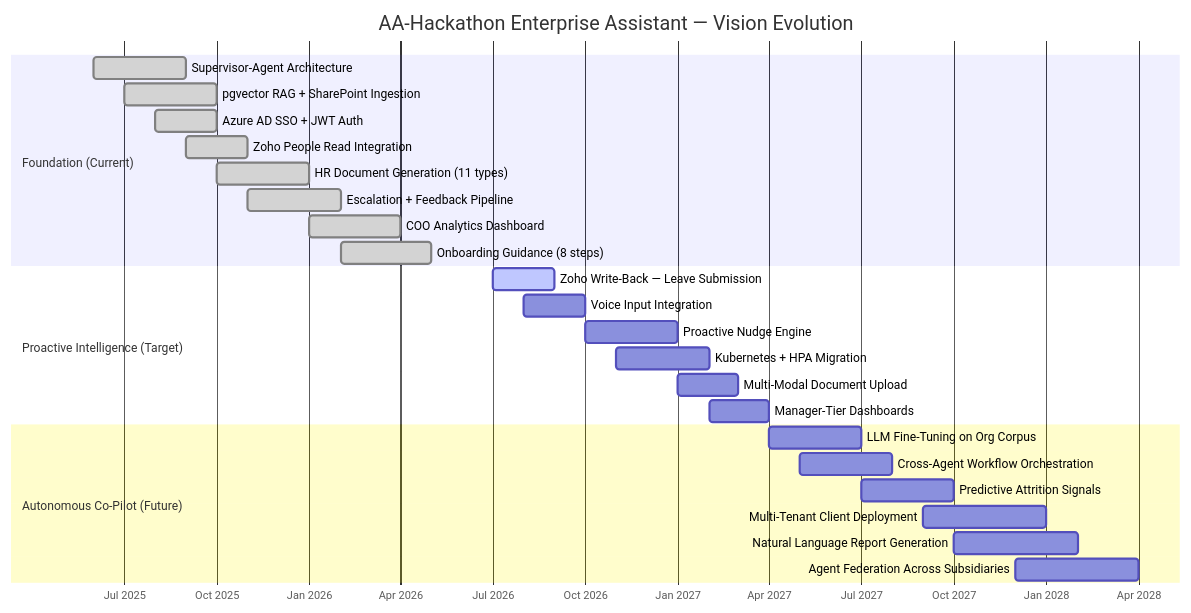
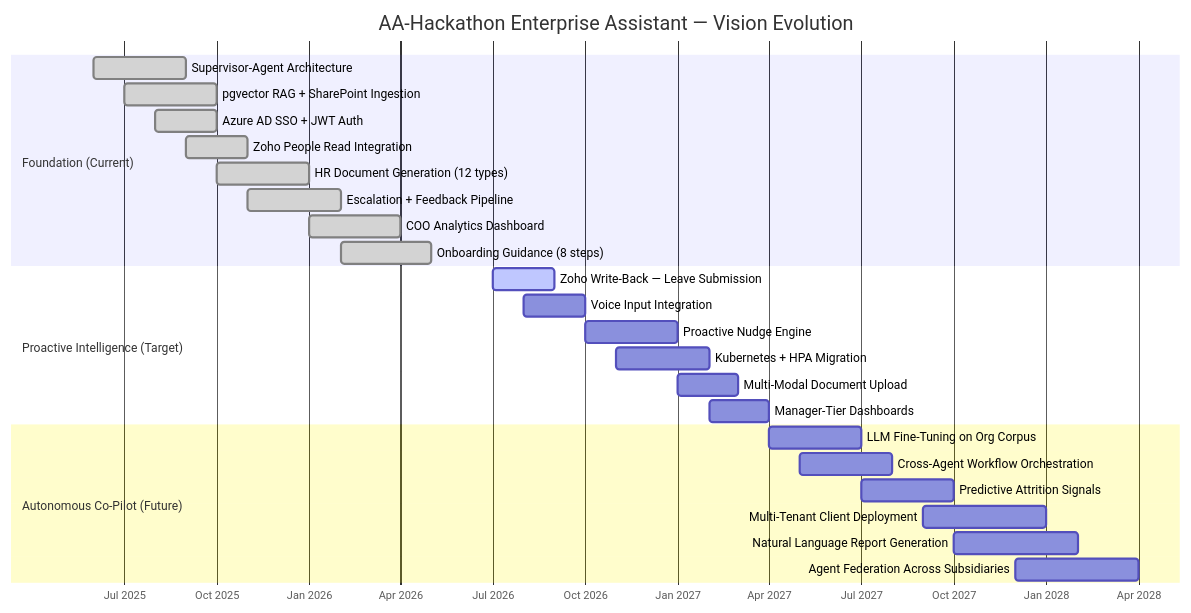
One commit to pdikondaaa/aa-hackathon changed the diagram in knowledge-specs/docs/00-foundation/vision.md. Above: the diagram before and after it, drawn with Mermaid. The commit also changed other lines of this file and 71 other files, not shown here.

````diff
--- a/knowledge-specs/docs/00-foundation/vision.md
+++ b/knowledge-specs/docs/00-foundation/vision.md
@@ -186,32 +186,32 @@
 ```mermaid
 gantt
     title AA-Hackathon Enterprise Assistant — Vision Evolution
     dateFormat  YYYY-MM
     axisFormat  %b %Y
 
     section Foundation (Current)
     Supervisor-Agent Architecture        :done, 2025-06, 2025-09
     pgvector RAG + SharePoint Ingestion  :done, 2025-07, 2025-10
     Azure AD SSO + JWT Auth              :done, 2025-08, 2025-10
     Zoho People Read Integration         :done, 2025-09, 2025-11
-    HR Document Generation (11 types)   :done, 2025-10, 2026-01
+    HR Document Generation (12 types)   :done, 2025-10, 2026-01
     Escalation + Feedback Pipeline       :done, 2025-11, 2026-02
     COO Analytics Dashboard              :done, 2026-01, 2026-04
     Onboarding Guidance (8 steps)        :done, 2026-02, 2026-05
 
     section Proactive Intelligence (Target)
     Zoho Write-Back — Leave Submission   :active, 2026-07, 2026-09
     Voice Input Integration              :2026-08, 2026-10
     Proactive Nudge Engine               :2026-10, 2027-01
     Kubernetes + HPA Migration           :2026-11, 2027-02
     Multi-Modal Document Upload          :2027-01, 2027-03
     Manager-Tier Dashboards              :2027-02, 2027-04
 
     section Autonomous Co-Pilot (Future)
     LLM Fine-Tuning on Org Corpus        :2027-04, 2027-07
     Cross-Agent Workflow Orchestration   :2027-05, 2027-08
     Predictive Attrition Signals         :2027-07, 2027-10
     Multi-Tenant Client Deployment       :2027-09, 2028-01
     Natural Language Report Generation   :2027-10, 2028-02
     Agent Federation Across Subsidiaries :2027-12, 2028-04
 ```
````
